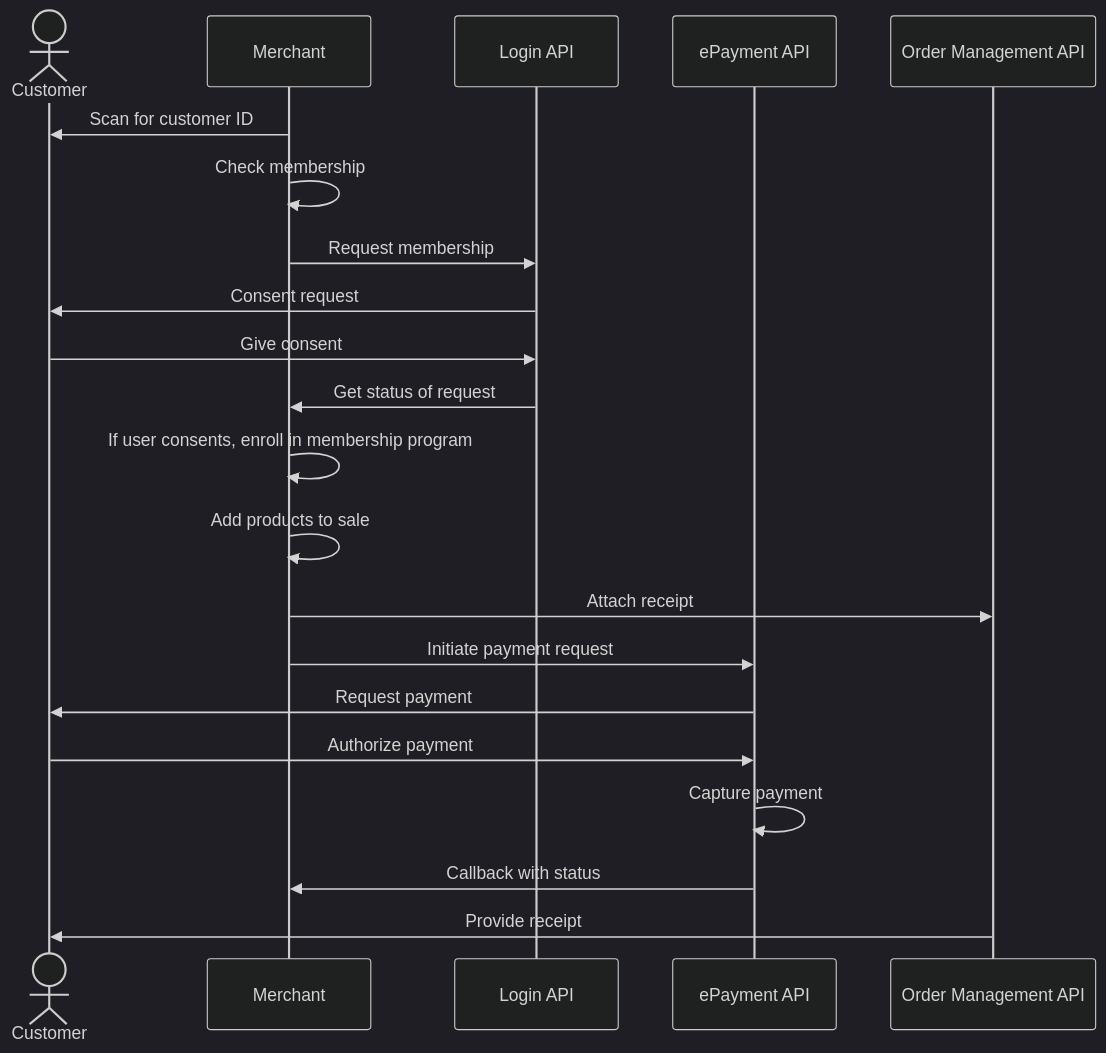
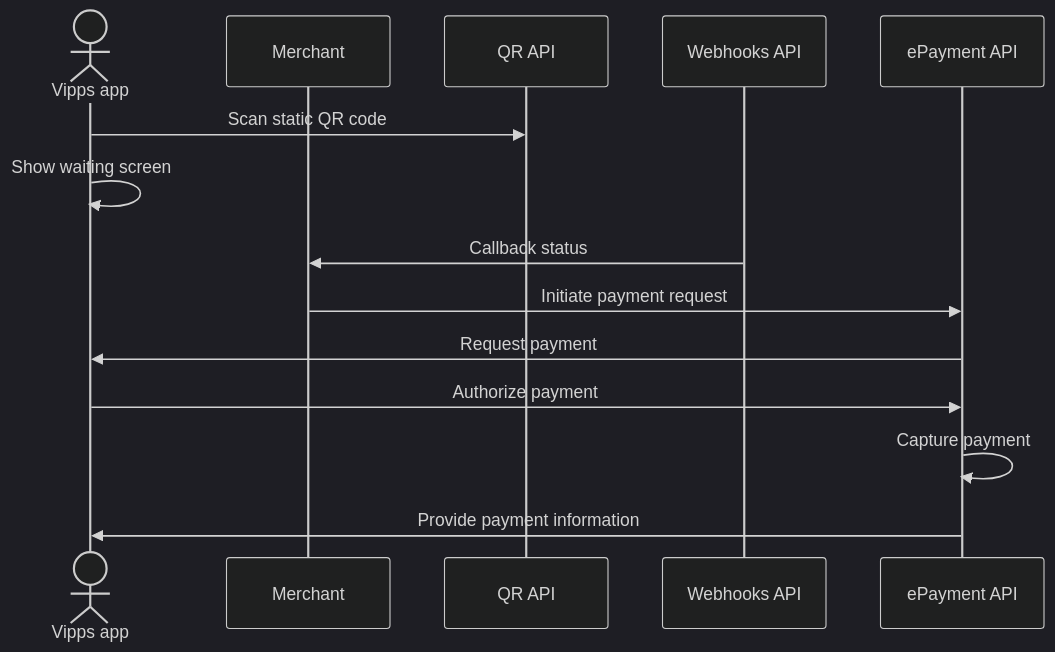
Before and after one commit to vippsas/vipps-solutions: the diagram in static-qr-at-pos/README.md, drawn with Mermaid (dark theme).

Commit message:
Add sequence diagram for in-store using static QR

````diff
--- a/static-qr-at-pos/README.md
+++ b/static-qr-at-pos/README.md
@@ -54,23 +54,16 @@
 ``` mermaid
 sequenceDiagram
-    actor C as Customer
+    actor App as Vipps app
     participant M as Merchant
-    participant login as Login API
+    participant QR as QR API
+    participant Webhooks as Webhooks API
     participant ePayment as ePayment API
-    participant ordermanagement as Order Management API
-    M->>C: Scan for customer ID
-    M->>M: Check membership
-    M->>login: Request membership
-    login->>C: Consent request
-    C->>login: Give consent
-    login->>M: Get status of request
-    M->>M: If user consents, enroll in membership program
-    M->>M: Add products to sale
-    M->> ordermanagement: Attach receipt
+    App->>QR: Scan static QR code
+    App->>App: Show waiting screen
+    Webhooks->>M: Callback status
     M->>ePayment: Initiate payment request
-    ePayment->>C: Request payment
-    C->>ePayment: Authorize payment
+    ePayment->>App: Request payment
+    App->>ePayment: Authorize payment
     ePayment->>ePayment: Capture payment
-    ePayment->>M: Callback with status
-    ordermanagement->>C: Provide receipt
+    ePayment->>App: Provide payment information
 ```
````
